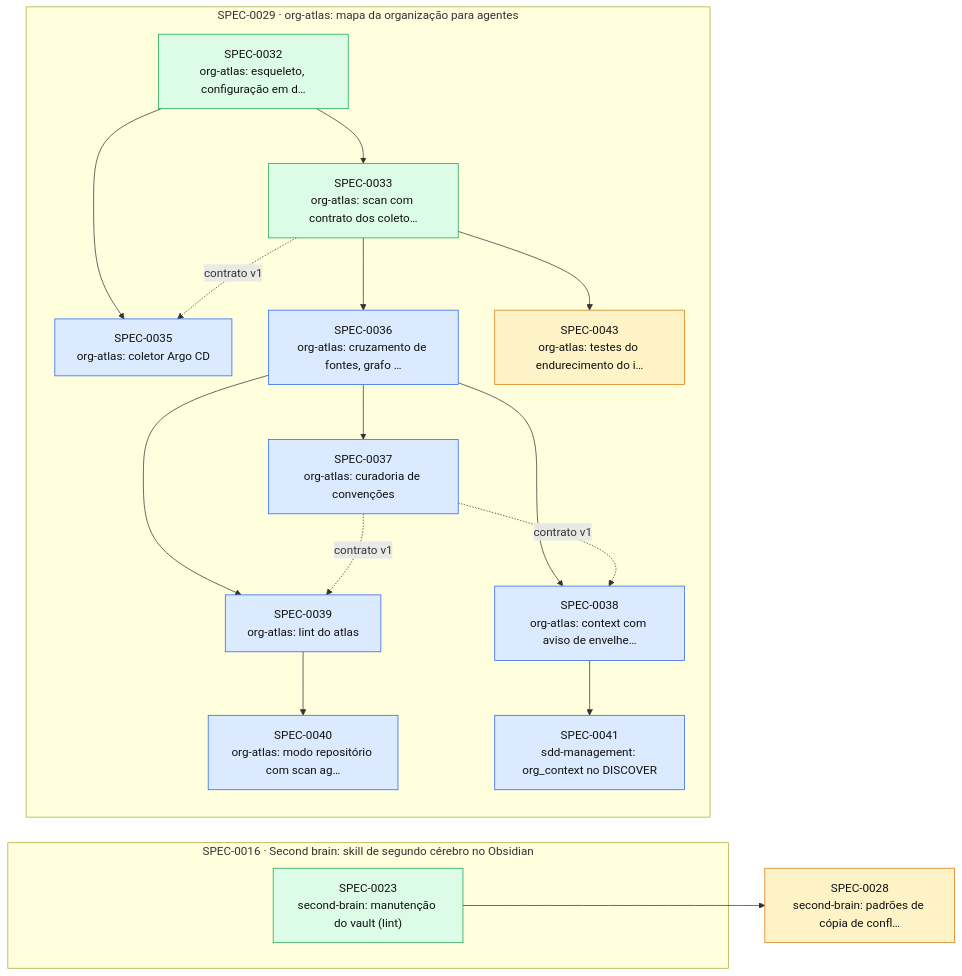
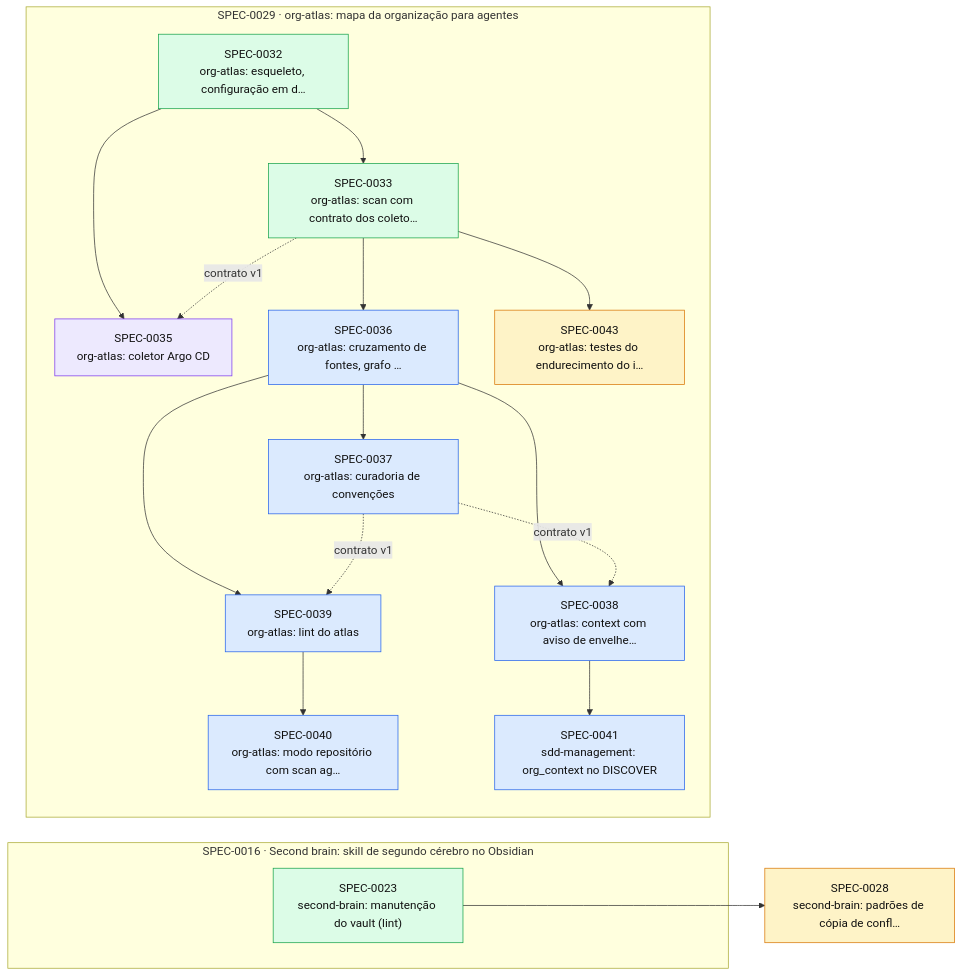
Before and after one commit to thomasravache/ai-dev-brain: the diagram in docs/specs/INDEX.md, drawn with Mermaid. The commit also changed other lines of this file and 1 other file, not shown here.

First line of the commit message:
docs(specs): SPEC-0035 em execução

````diff
--- a/docs/specs/INDEX.md
+++ b/docs/specs/INDEX.md
@@ -56,37 +56,37 @@
 ```mermaid
 flowchart LR
   S0028["SPEC-0028<br/>second-brain: padrões de cópia de confl…"]:::proposed
   subgraph E0016["SPEC-0016 · Second brain: skill de segundo cérebro no Obsidian"]
     S0023["SPEC-0023<br/>second-brain: manutenção do vault (lint)"]:::implemented
   end
   subgraph E0029["SPEC-0029 · org-atlas: mapa da organização para agentes"]
     S0032["SPEC-0032<br/>org-atlas: esqueleto, configuração em d…"]:::implemented
     S0033["SPEC-0033<br/>org-atlas: scan com contrato dos coleto…"]:::implemented
-    S0035["SPEC-0035<br/>org-atlas: coletor Argo CD"]:::approved
+    S0035["SPEC-0035<br/>org-atlas: coletor Argo CD"]:::inprogress
     S0036["SPEC-0036<br/>org-atlas: cruzamento de fontes, grafo …"]:::approved
     S0037["SPEC-0037<br/>org-atlas: curadoria de convenções"]:::approved
     S0038["SPEC-0038<br/>org-atlas: context com aviso de envelhe…"]:::approved
     S0039["SPEC-0039<br/>org-atlas: lint do atlas"]:::approved
     S0040["SPEC-0040<br/>org-atlas: modo repositório com scan ag…"]:::approved
     S0041["SPEC-0041<br/>sdd-management: org_context no DISCOVER"]:::approved
     S0043["SPEC-0043<br/>org-atlas: testes do endurecimento do i…"]:::proposed
   end
   S0023 --> S0028
   S0032 --> S0033
   S0032 --> S0035
   S0033 -. contrato v1 .-> S0035
   S0033 --> S0036
   S0036 --> S0037
   S0036 --> S0038
   S0037 -. contrato v1 .-> S0038
   S0036 --> S0039
   S0037 -. contrato v1 .-> S0039
   S0039 --> S0040
   S0038 --> S0041
   S0033 --> S0043
   classDef proposed fill:#fef3c7,stroke:#d97706,color:#111
   classDef approved fill:#dbeafe,stroke:#2563eb,color:#111
   classDef inprogress fill:#ede9fe,stroke:#7c3aed,color:#111
   classDef implemented fill:#dcfce7,stroke:#16a34a,color:#111
   classDef deprecated fill:#f3f4f6,stroke:#9ca3af,color:#6b7280
 ```
````
